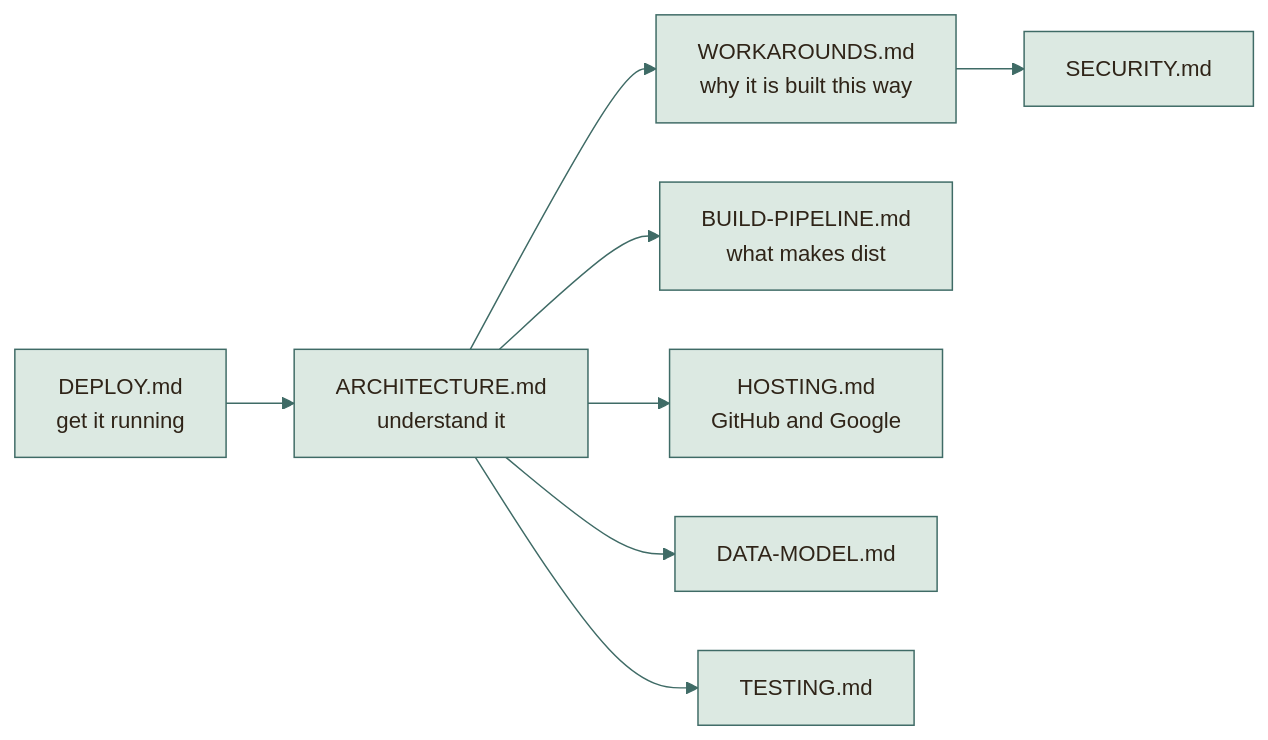
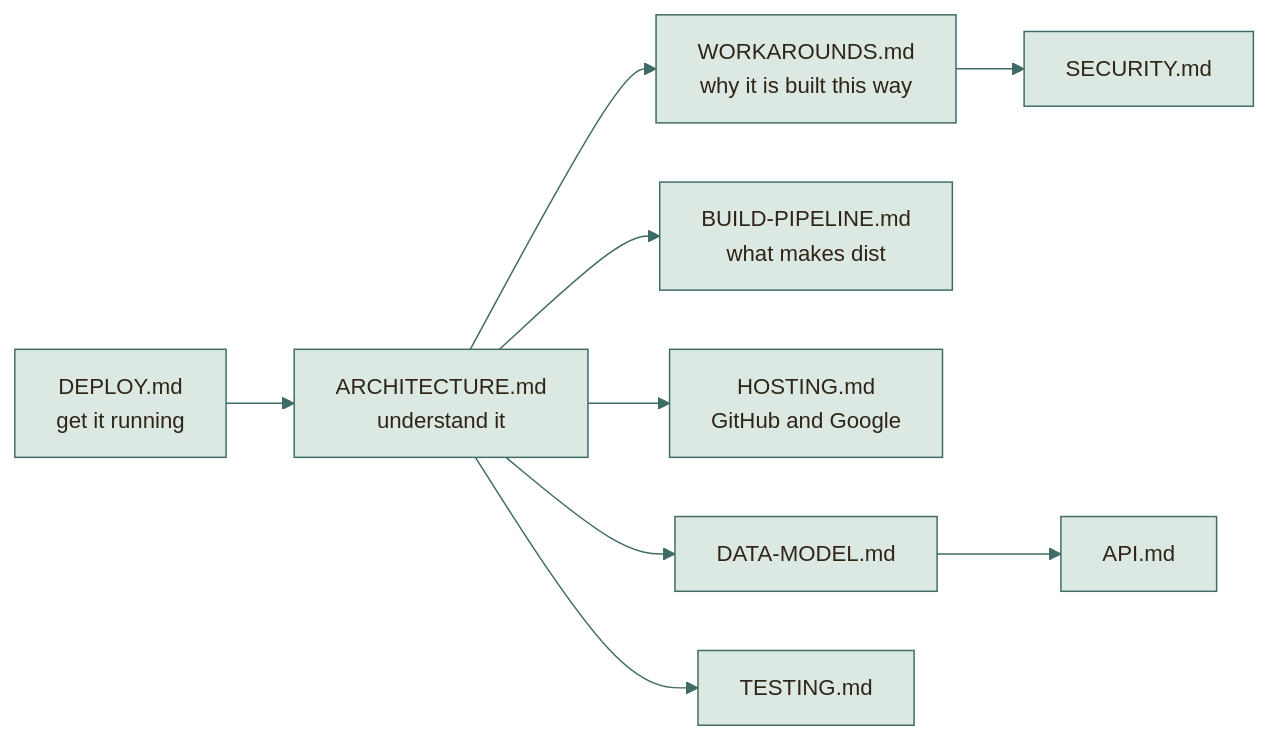
Before and after one commit to moyeh04/forms-platform: the second of 2 diagrams in docs/README.md, drawn with Mermaid. The commit also changed other lines of this file and 1 other file, not shown here.

Commit message:
docs(api): Add a reference of every backend action
The documents named one action, submit, of the 51 the backend answers.
docs/reference/API.md lists them all by the secret a request must carry
(none, edit key, private link, admin PIN), with whether the action takes
the script lock and what it writes: rows, Drive files, emails, the mark
for the sheet views.

The documentation index links the page.

````diff
--- a/docs/README.md
+++ b/docs/README.md
@@ -77,38 +78,39 @@
 ```mermaid
 %%{init: {
   'theme': 'base',
   'themeVariables': {
     'fontFamily': 'ui-sans-serif, system-ui, -apple-system, Segoe UI, Roboto, sans-serif',
     'fontSize': '15px',
     'primaryColor': '#DCE9E2', 'primaryBorderColor': '#3F6B66', 'primaryTextColor': '#2F2418',
     'secondaryColor': '#F0E4C8', 'secondaryBorderColor': '#C9A24A', 'secondaryTextColor': '#2F2418',
     'tertiaryColor': '#F6EFDC', 'tertiaryBorderColor': '#CDBB94', 'tertiaryTextColor': '#2F2418',
     'lineColor': '#3F6B66', 'textColor': '#2F2418', 'mainBkg': '#DCE9E2', 'nodeBorder': '#3F6B66',
     'clusterBkg': '#F6EFDC', 'clusterBorder': '#CDBB94', 'titleColor': '#2F2418',
     'edgeLabelBackground': '#F8F1DD',
     'actorBkg': '#DCE9E2', 'actorBorder': '#3F6B66', 'actorTextColor': '#2F2418', 'actorLineColor': '#8FB3AB',
     'signalColor': '#477A73', 'signalTextColor': '#477A73',
     'labelBoxBkgColor': '#F0E4C8', 'labelBoxBorderColor': '#C9A24A', 'labelTextColor': '#2F2418', 'loopTextColor': '#6A5A44',
     'noteBkgColor': '#FBEFC9', 'noteBorderColor': '#C9A24A', 'noteTextColor': '#2F2418',
     'activationBkgColor': '#DCE9E2', 'activationBorderColor': '#3F6B66', 'sequenceNumberColor': '#F8F1DD',
     'transitionColor': '#3F6B66', 'stateLabelColor': '#2F2418', 'stateBkg': '#DCE9E2', 'altBackground': '#F6EFDC',
     'attributeBackgroundColorOdd': '#F8F1DD', 'attributeBackgroundColorEven': '#F0E4C8'
   },
   'flowchart': {'curve': 'basis', 'padding': 14, 'nodeSpacing': 40, 'rankSpacing': 46},
   'sequence': {'mirrorActors': false, 'messageMargin': 34, 'boxMargin': 8}
 }}%%
 flowchart LR
     A["DEPLOY.md<br/>get it running"] --> B["ARCHITECTURE.md<br/>understand it"]
     B --> C["WORKAROUNDS.md<br/>why it is built this way"]
     B --> D["BUILD-PIPELINE.md<br/>what makes dist"]
     B --> E["HOSTING.md<br/>GitHub and Google"]
     C --> F["SECURITY.md"]
     B --> G["DATA-MODEL.md"]
+    G --> I["API.md"]
     B --> H["TESTING.md"]
     classDef cDb fill:#F3E2B3,stroke:#B8892D,stroke-width:1.5px,color:#2F2418
     classDef cActor fill:#F4D9D3,stroke:#9A3328,stroke-width:1.5px,color:#2F2418
     classDef cDec fill:#FBEFC9,stroke:#C9A24A,stroke-width:1.5px,color:#2F2418
     classDef cEnd fill:#2F2418,stroke:#2F2418,color:#F8F1DD
     classDef cErr fill:#F6D5CF,stroke:#A12B1F,stroke-width:1.5px,color:#5A140C
     classDef cOk fill:#BFD9CF,stroke:#2E5A55,stroke-width:1.5px,color:#17302D
 ```
````
